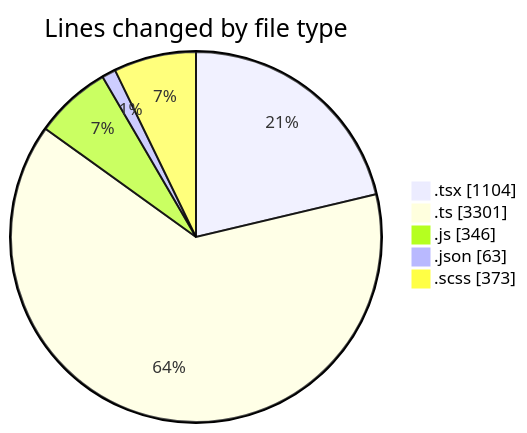
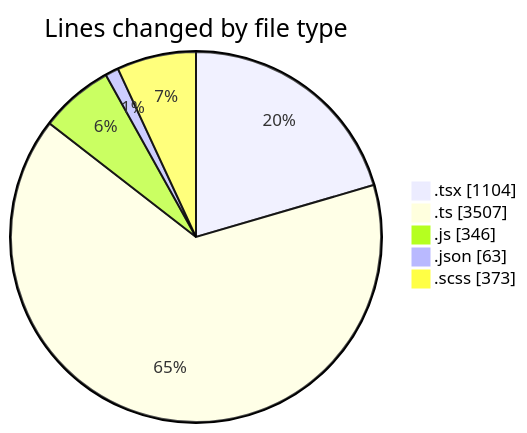
One commit to momahboobian/code-tracking changed the first of 2 diagrams in 2025-12-01/cda/README.md. Above: the diagram before and after it, drawn with Mermaid. The commit also changed other lines of this file and 1 other file, not shown here.

````diff
--- a/2025-12-01/cda/README.md
+++ b/2025-12-01/cda/README.md
@@ -32,9 +33,9 @@
 ```mermaid
 pie showData
 title Lines changed by file type
 ".tsx" : 1104
-".ts" : 3301
+".ts" : 3507
 ".js" : 346
 ".json" : 63
 ".scss" : 373
 ```
````
